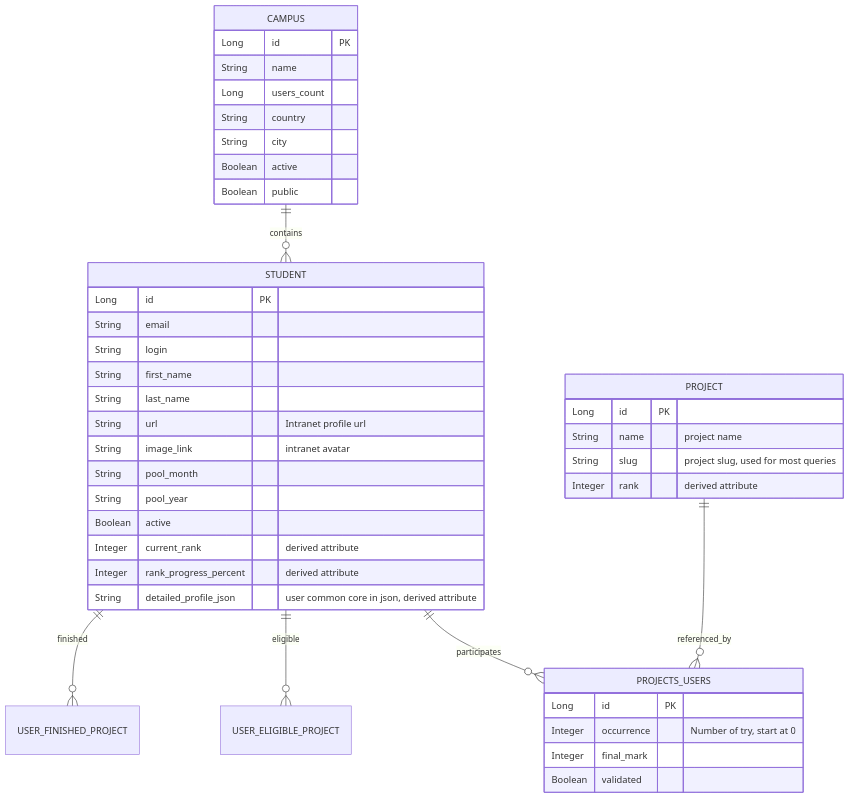
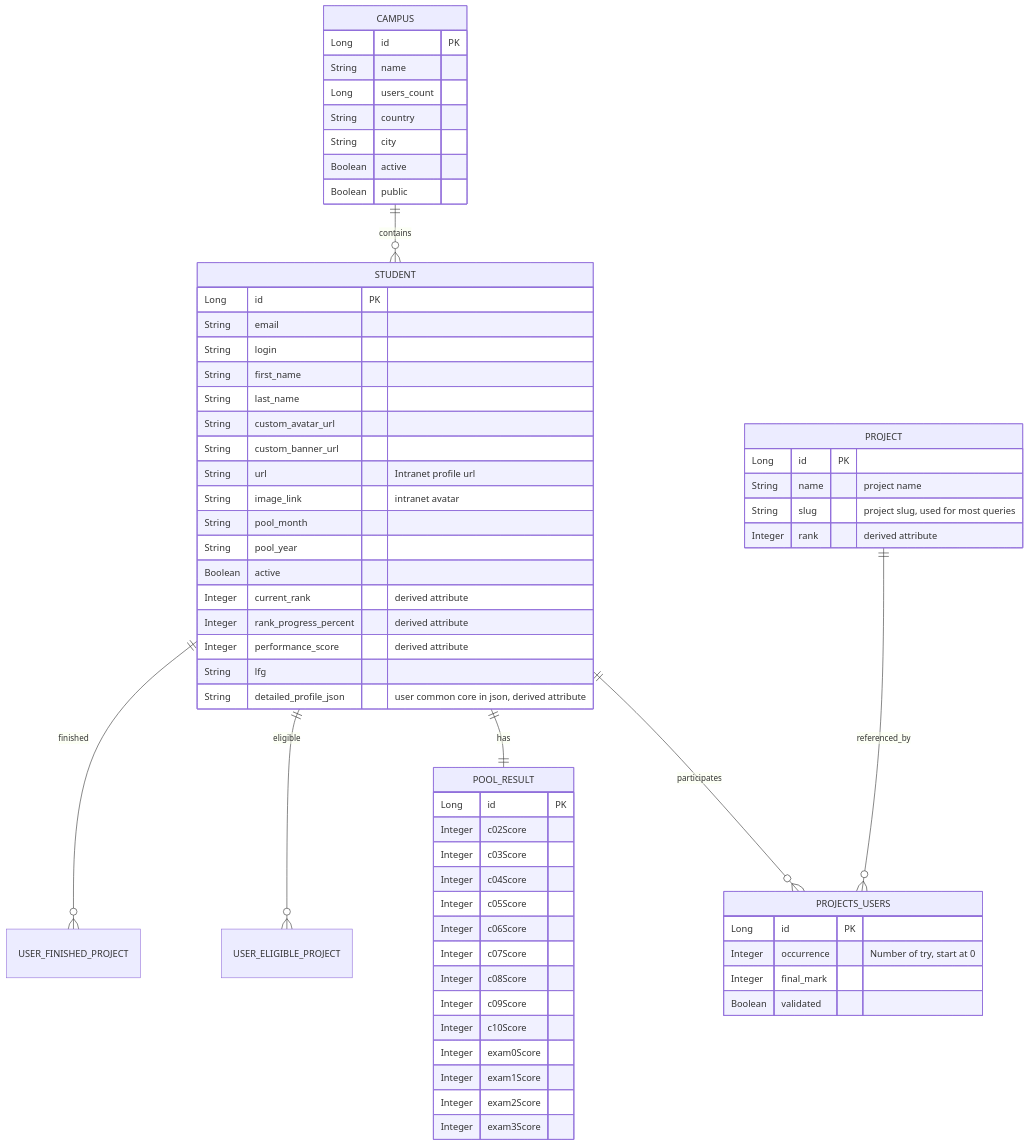
The diagram in backend/api42-service/README.md (TheOrangeCake/Suite42), drawn with Mermaid before and after one commit. The commit also changed other lines of this file and 18 other files, not shown here.

````diff
--- a/backend/api42-service/README.md
+++ b/backend/api42-service/README.md
@@ -884,44 +951,65 @@
 ```mermaid
 erDiagram
     CAMPUS ||--o{ STUDENT : contains
     CAMPUS {
         Long id PK
         String name
         Long users_count
         String country
         String city
         Boolean active
         Boolean public
     }
     STUDENT ||--o{ PROJECTS_USERS : participates
+    STUDENT ||--|| POOL_RESULT : has
     STUDENT {
         Long id PK
         String email
         String login
         String first_name
         String last_name
+        String custom_avatar_url
+        String custom_banner_url
         String url "Intranet profile url"
         String image_link "intranet avatar"
         String pool_month
         String pool_year
         Boolean active
         Integer current_rank "derived attribute"
         Integer rank_progress_percent "derived attribute"
+        Integer performance_score "derived attribute"
+        String lfg
         String detailed_profile_json "user common core in json, derived attribute"
     }
     PROJECTS_USERS {
         Long id PK
         Integer occurrence "Number of try, start at 0"
         Integer final_mark
         Boolean validated
+    }
+    POOL_RESULT {
+        Long id PK
+        Integer c02Score
+        Integer c03Score
+        Integer c04Score
+        Integer c05Score
+        Integer c06Score
+        Integer c07Score
+        Integer c08Score
+        Integer c09Score
+        Integer c10Score
+        Integer exam0Score
+        Integer exam1Score
+        Integer exam2Score
+        Integer exam3Score
     }
     PROJECT ||--o{ PROJECTS_USERS : referenced_by
     PROJECT {
         Long id PK
         String name "project name"
         String slug "project slug, used for most queries"
         Integer rank "derived attribute"
     }
     STUDENT ||--o{ USER_ELIGIBLE_PROJECT : eligible
     STUDENT ||--o{ USER_FINISHED_PROJECT : finished
 ```
````
